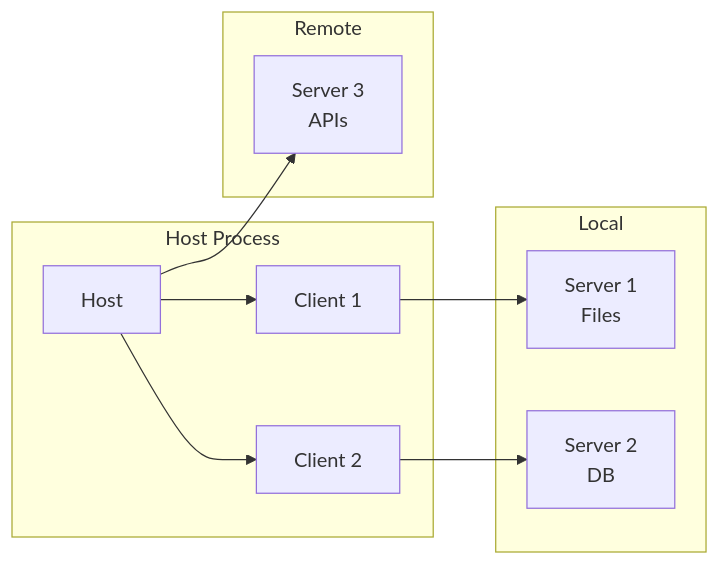
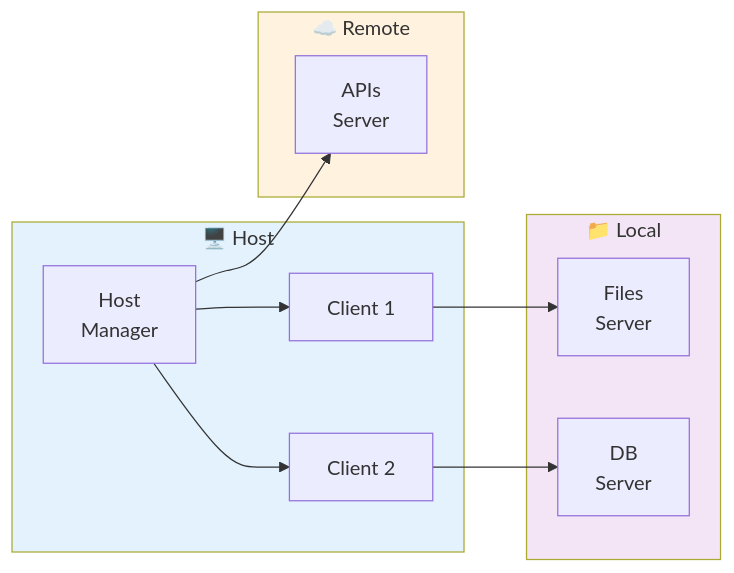
Before and after one commit to Algiras/vs-zinios-conference-2025-11-18: the ninth of 13 diagrams in slides/presentation.md, drawn with Mermaid. The commit also changed other lines of this file and 11 other files, not shown here.

````diff
--- a/slides/presentation.md
+++ b/slides/presentation.md
@@ -308,22 +418,26 @@
 ```mermaid
 graph LR
-  subgraph "Host Process"
-  H[Host]
-  C1[Client 1]
-  C2[Client 2]
-  H --> C1
-  H --> C2
+  subgraph Host["🖥️ Host"]
+    H["Host<br/>Manager"]
+    C1["Client 1"]
+    C2["Client 2"]
+    H --> C1
+    H --> C2
   end
 
-  subgraph "Local"
-  S1[Server 1<br>Files]
-  S2[Server 2<br>DB]
-  C1 --> S1
-  C2 --> S2
+  subgraph Local["📁 Local"]
+    S1["Files<br/>Server"]
+    S2["DB<br/>Server"]
+    C1 --> S1
+    C2 --> S2
   end
 
-  subgraph "Remote"
-  S3[Server 3<br>APIs]
-  H --> S3
+  subgraph Remote["☁️ Remote"]
+    S3["APIs<br/>Server"]
+    H --> S3
   end
+  
+  style Host fill:#e3f2fd
+  style Local fill:#f3e5f5
+  style Remote fill:#fff3e0
 ```
````
